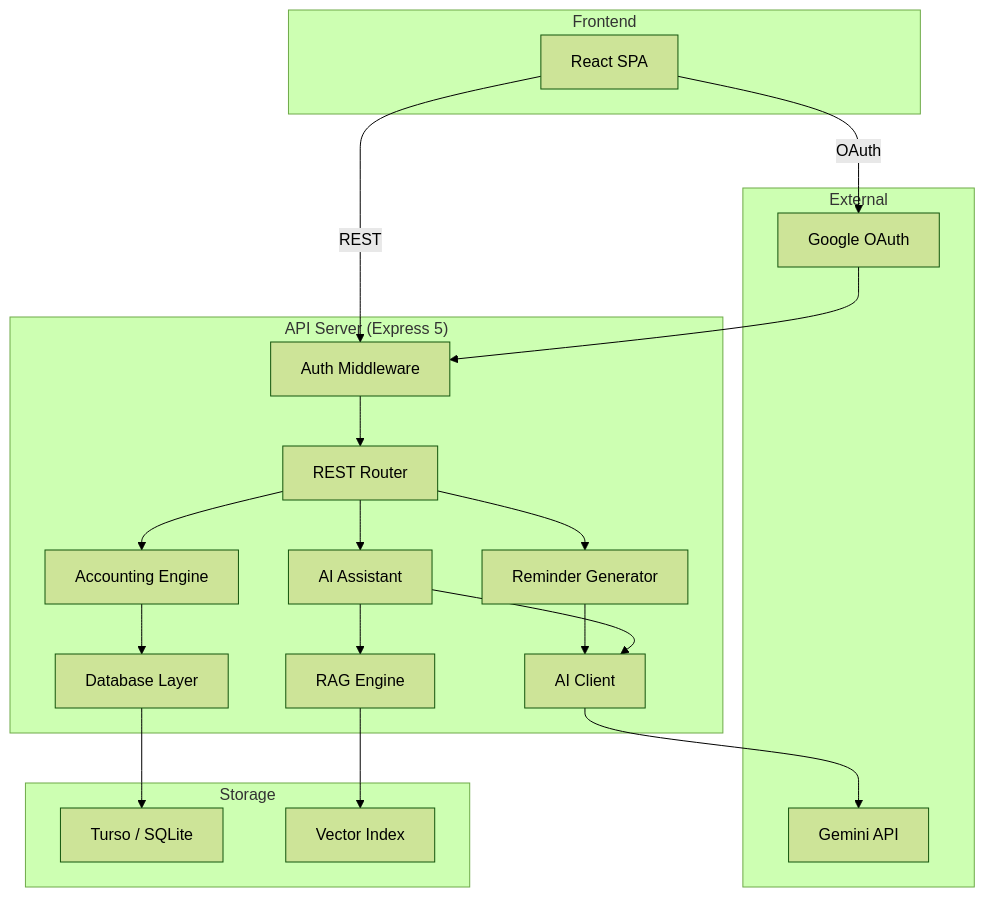
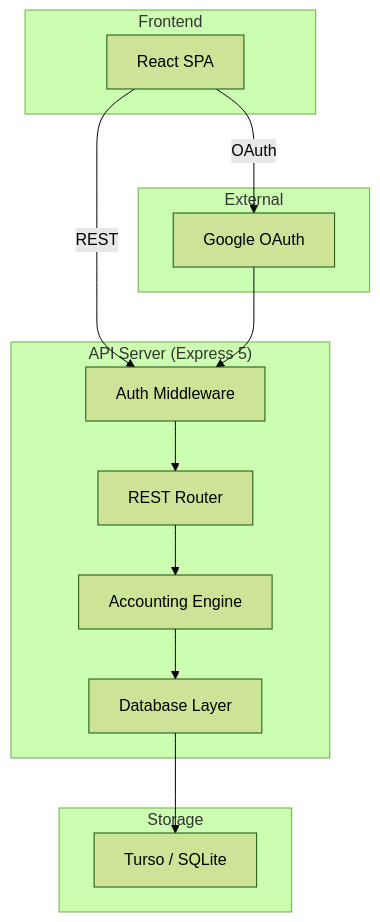
One commit to nnnc8/subscription-billing changed the diagram in README.md. Above: the diagram before and after it, drawn with Mermaid (forest theme). The commit also changed other lines of this file and 47 other files, not shown here.

````diff
--- a/README.md
+++ b/README.md
@@ -102,34 +97,25 @@
 ```mermaid
 graph TB
     subgraph Client ["Frontend"]
         React["React SPA"]
     end
 
     subgraph Server ["API Server (Express 5)"]
         Auth["Auth Middleware"]
         API["REST Router"]
         Accounting["Accounting Engine"]
         DB["Database Layer"]
-        AI["AI Client"]
-        RAG["RAG Engine"]
-        Reminder["Reminder Generator"]
-        Assistant["AI Assistant"]
     end
 
     subgraph Storage ["Storage"]
         SQLite["Turso / SQLite"]
-        Vector["Vector Index"]
     end
 
     subgraph External ["External"]
         Google["Google OAuth"]
-        Gemini["Gemini API"]
     end
 
     React -->|REST| Auth --> API
     API --> Accounting --> DB --> SQLite
-    API --> Assistant --> AI --> Gemini
-    Assistant --> RAG --> Vector
-    API --> Reminder --> AI
     React -->|OAuth| Google --> Auth
 ```
````
